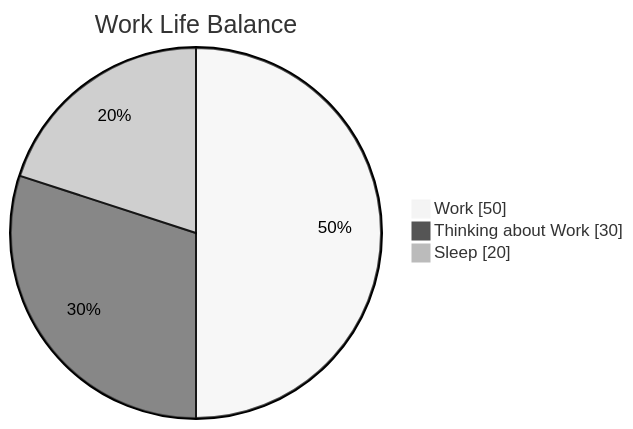
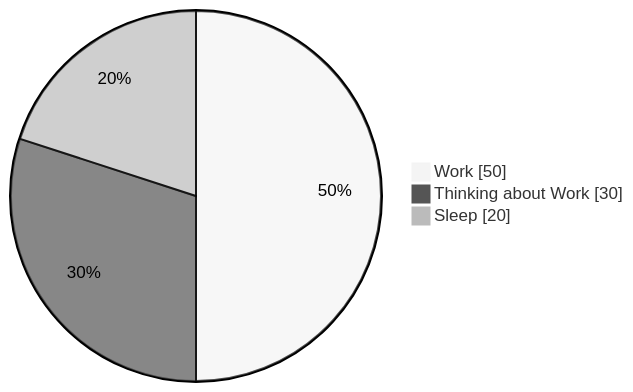
The first of 2 diagrams in README.md (stu-clarke/stu-clarke), drawn with Mermaid (neutral theme) before and after one commit. The commit also changed other lines of this file, not shown here.

````diff
--- a/README.md
+++ b/README.md
@@ -5,7 +5,6 @@
 ```mermaid
 pie showData
-    title  Work Life Balance
         "Work" : 50
         "Thinking about Work" : 30
         "Sleep" : 20
 ```
````
